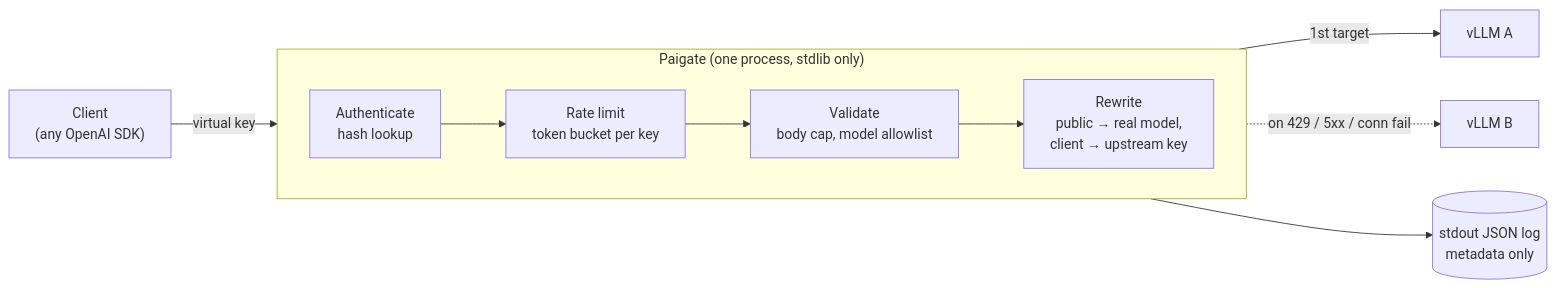
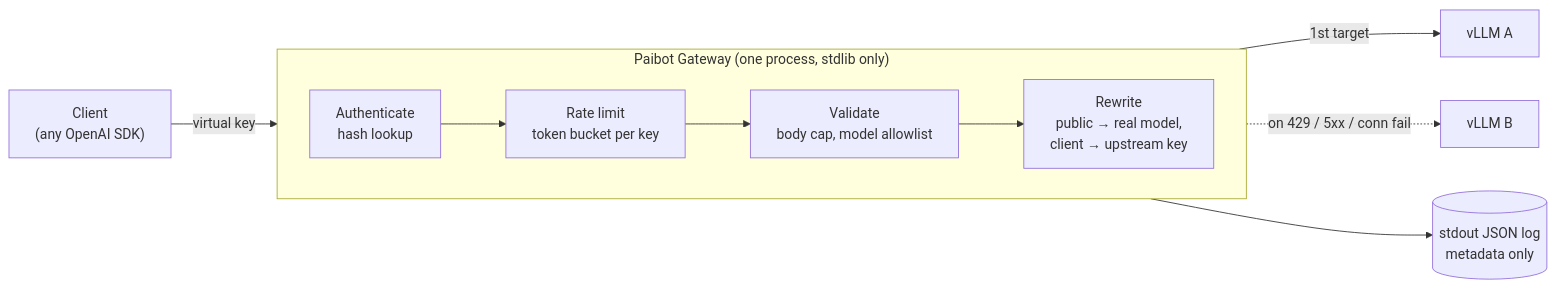
The diagram in README.md (paibot-hq/paibot-gateway), drawn with Mermaid before and after one commit. The commit also changed other lines of this file and 25 other files, not shown here.

First line of the commit message:
Rename Paigate to Paibot Gateway

````diff
--- a/README.md
+++ b/README.md
@@ -200,15 +200,15 @@
 ```mermaid
 flowchart LR
   C["Client<br/>(any OpenAI SDK)"] -- "virtual key" --> A
 
-  subgraph P["Paigate (one process, stdlib only)"]
+  subgraph P["Paibot Gateway (one process, stdlib only)"]
     direction LR
     A["Authenticate<br/>hash lookup"] --> R["Rate limit<br/>token bucket per key"]
     R --> V["Validate<br/>body cap, model allowlist"]
     V --> W["Rewrite<br/>public → real model,<br/>client → upstream key"]
   end
 
   W -- "1st target" --> U1["vLLM A"]
   W -. "on 429 / 5xx / conn fail" .-> U2["vLLM B"]
   W --> L[("stdout JSON log<br/>metadata only")]
 ```
````
